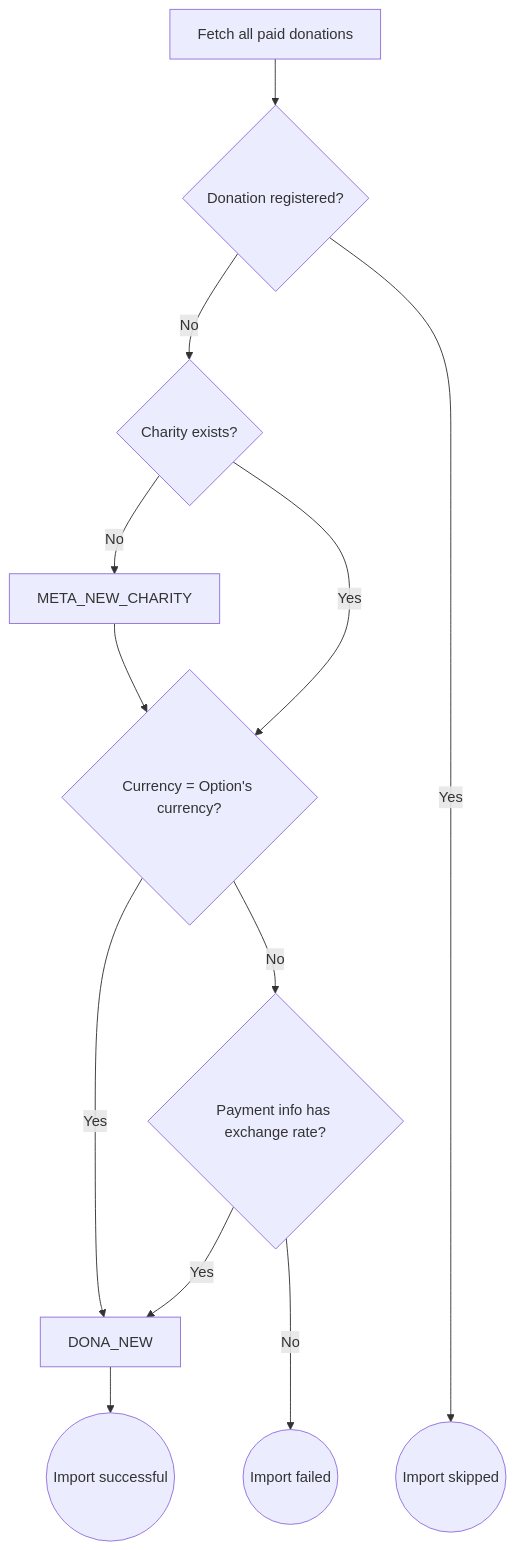
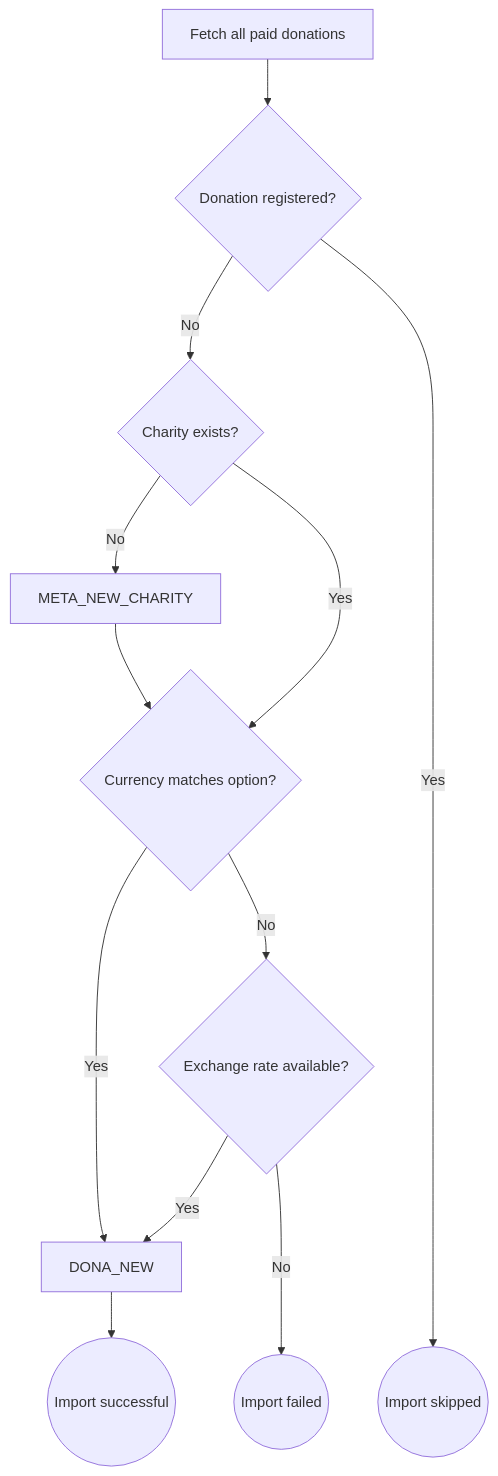
One commit to joost-morsink/FF-admin-module changed the diagram in wiki/auto_import.md. Above: the diagram before and after it, drawn with Mermaid. The commit also changed other lines of this file and 24 other files, not shown here.

````diff
--- a/wiki/auto_import.md
+++ b/wiki/auto_import.md
@@ -18,16 +18,16 @@
 ```mermaid
 flowchart TD
     FAPD[Fetch all paid donations] --> DR
     DR{Donation registered?} -->|No| CE{Charity exists?}
-    CE -->|No| META_NEW_CHARITY --> CO{Currency = Option's currency?}
+    CE -->|No| META_NEW_CHARITY --> CO{Currency matches option?}
     CE -->|Yes| CO
     CO -->|Yes| DONA_NEW
-    CO -->|No| PER{Payment info has exchange rate?}
+    CO -->|No| PER{Exchange rate available?}
     PER --->|No| F((Import failed))
     PER -->|Yes| DONA_NEW
     DR ------->|Yes| SK((Import skipped))
     DONA_NEW --> S((Import successful))
 
     click DONA_NEW "./events/DONA_NEW"
     click META_NEW_CHARITY "./events/META_NEW_CHARITY"
 ```
````
